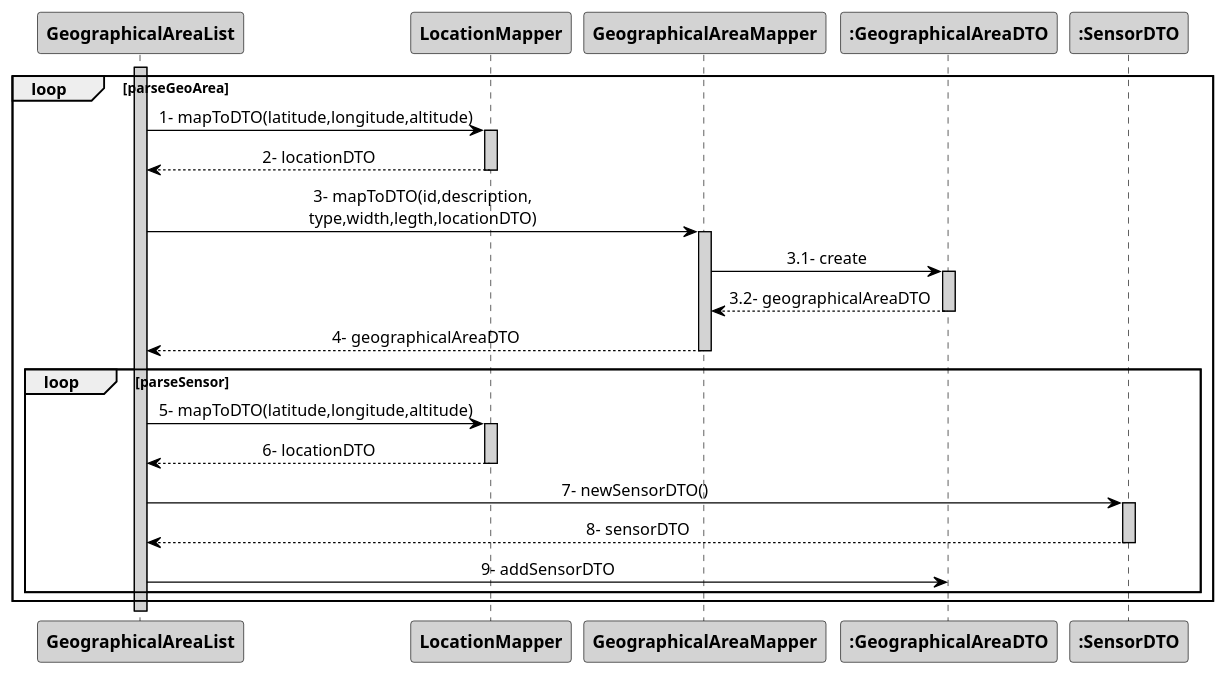
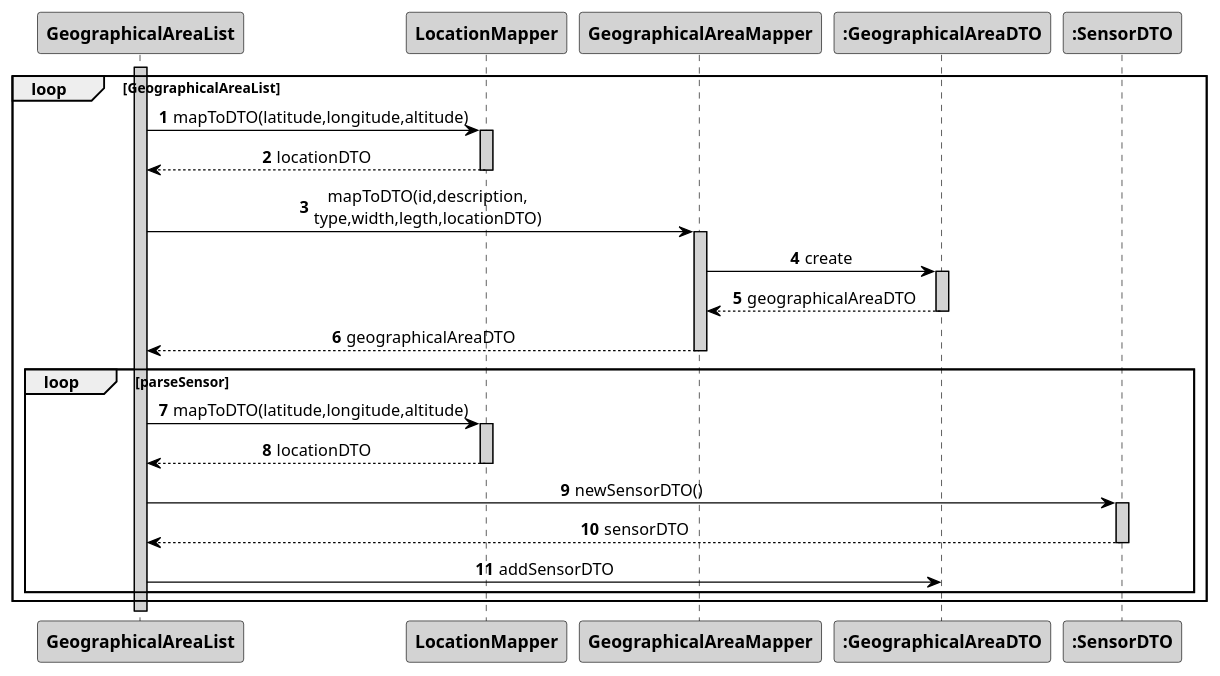
Before and after one commit to 1181687/hateoasToy: the diagram in src/main/java/pt/ipp/isep/dei/project/controllers/deactivatesensorfromgeoarea/SD_ref_DeactivateSensorFromGeoArea.puml, drawn with PlantUML. The commit also changed 1 other file, not shown here.

Commit message:
Addresses #147. More updates to the sequence diagram.

```diff
--- a/src/main/java/pt/ipp/isep/dei/project/controllers/deactivatesensorfromgeoarea/SD_ref_DeactivateSensorFromGeoArea.puml
+++ b/src/main/java/pt/ipp/isep/dei/project/controllers/deactivatesensorfromgeoarea/SD_ref_DeactivateSensorFromGeoArea.puml
@@ -1,49 +1,50 @@
 @startuml
+autonumber
 skinparam sequenceMessageAlign center
 skinparam sequence {
 	ArrowColor Black
 	ActorBorderColor DarkBlue
 	LifeLineBorderColor black
 	LifeLineBackgroundColor LightGrey
 
 	ParticipantBorderColor Black
 	ParticipantBackgroundColor LightGrey
 	ParticipantFontStyle Bold
 
 	ActorBackgroundColor DimGrey
 	ActorFontColor DeepSkyBlue
 	ActorFontStyle Bold
 	ActorFontSize 17
 	ActorFontName Aapex
 }
 
-loop parseGeoArea
+loop GeographicalAreaList
 activate "GeographicalAreaList"
-"GeographicalAreaList" -> "LocationMapper": 1- mapToDTO(latitude,longitude,altitude)
+"GeographicalAreaList" -> "LocationMapper": mapToDTO(latitude,longitude,altitude)
 activate "LocationMapper"
-"LocationMapper" --> "GeographicalAreaList": 2- locationDTO
+"LocationMapper" --> "GeographicalAreaList": locationDTO
 deactivate "LocationMapper"
-"GeographicalAreaList" -> "GeographicalAreaMapper": 3- mapToDTO(id,description,\ntype,width,legth,locationDTO)
+"GeographicalAreaList" -> "GeographicalAreaMapper": mapToDTO(id,description,\ntype,width,legth,locationDTO)
 activate "GeographicalAreaMapper"
-"GeographicalAreaMapper" -> ":GeographicalAreaDTO" : 3.1- create
+"GeographicalAreaMapper" -> ":GeographicalAreaDTO" :  create
 activate ":GeographicalAreaDTO"
-":GeographicalAreaDTO" --> "GeographicalAreaMapper": 3.2- geographicalAreaDTO
+":GeographicalAreaDTO" --> "GeographicalAreaMapper": geographicalAreaDTO
 deactivate ":GeographicalAreaDTO"
 
-"GeographicalAreaMapper" --> "GeographicalAreaList": 4- geographicalAreaDTO
+"GeographicalAreaMapper" --> "GeographicalAreaList": geographicalAreaDTO
 deactivate "GeographicalAreaMapper"
 
 loop parseSensor
-"GeographicalAreaList" -> "LocationMapper": 5- mapToDTO(latitude,longitude,altitude)
+"GeographicalAreaList" -> "LocationMapper": mapToDTO(latitude,longitude,altitude)
 activate "LocationMapper"
-"LocationMapper" --> "GeographicalAreaList": 6- locationDTO
+"LocationMapper" --> "GeographicalAreaList": locationDTO
 deactivate "LocationMapper"
-"GeographicalAreaList" -> ":SensorDTO": 7- newSensorDTO()
+"GeographicalAreaList" -> ":SensorDTO": newSensorDTO()
 activate ":SensorDTO"
-":SensorDTO" --> "GeographicalAreaList": 8- sensorDTO
+":SensorDTO" --> "GeographicalAreaList": sensorDTO
 deactivate ":SensorDTO"
-"GeographicalAreaList" -> ":GeographicalAreaDTO" :9- addSensorDTO
+"GeographicalAreaList" -> ":GeographicalAreaDTO" : addSensorDTO
 
 end
 end
 @enduml
```
